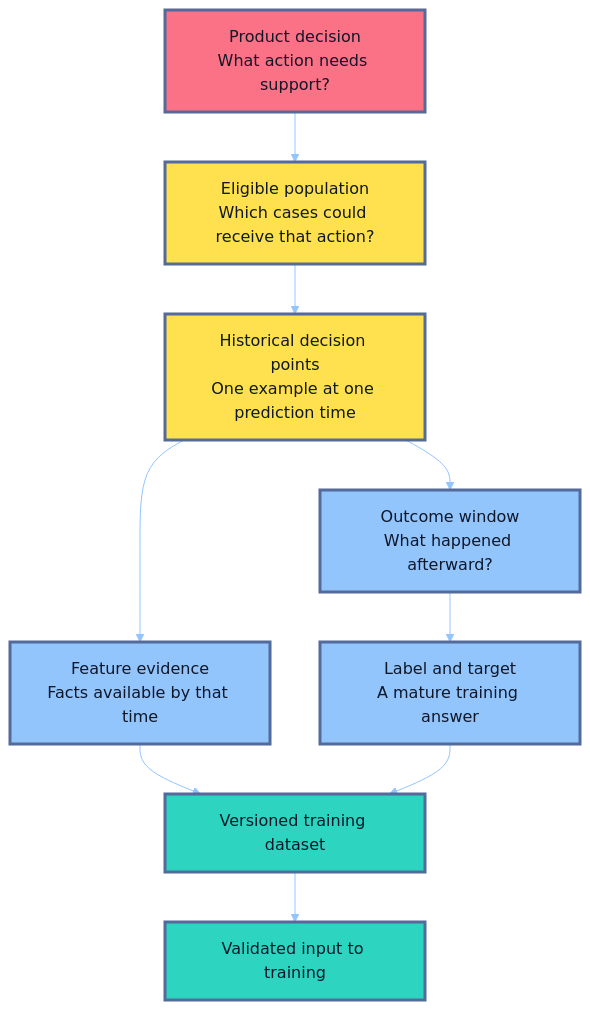
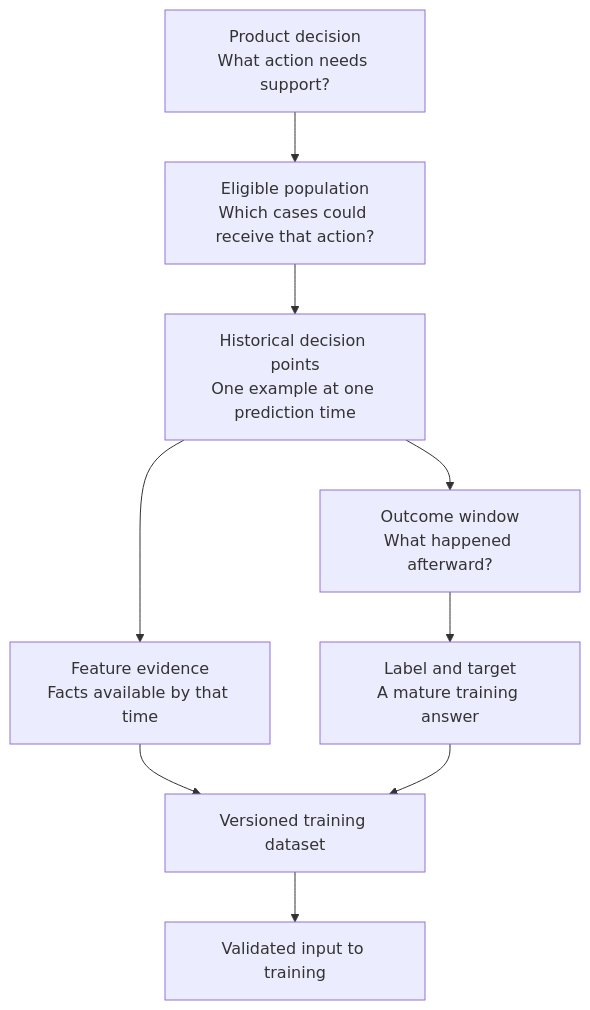
The first of 2 diagrams in roadmaps/mlops/modules/data-for-ml-systems/training-data-basics/01-training-data-labels-features-targets.md (senlinyy/dev-roadmaps), drawn with Mermaid before and after one commit. The commit also changed other lines of this file and 152 other files, not shown here.

Commit message:
feat: mlops and diagrams updated

````diff
--- a/roadmaps/mlops/modules/data-for-ml-systems/training-data-basics/01-training-data-labels-features-targets.md
+++ b/roadmaps/mlops/modules/data-for-ml-systems/training-data-basics/01-training-data-labels-features-targets.md
@@ -44,21 +44,17 @@
 ```mermaid
-%%{init: {"theme": "base", "themeVariables": {"background": "#111827", "primaryColor": "#2DD4BF", "primaryTextColor": "#0F172A", "primaryBorderColor": "#536A9A", "lineColor": "#93C5FD", "secondaryColor": "#FFE04F", "tertiaryColor": "#FB7185", "fontFamily": "Nunito, sans-serif"}}}%%
+
 flowchart TD
     A["Product decision<br/>What action needs support?"] --> B["Eligible population<br/>Which cases could receive that action?"]
     B --> C["Historical decision points<br/>One example at one prediction time"]
     C --> D["Feature evidence<br/>Facts available by that time"]
     C --> E["Outcome window<br/>What happened afterward?"]
     E --> F["Label and target<br/>A mature training answer"]
     D --> G["Versioned training dataset"]
     F --> G
     G --> H["Validated input to training"]
 
-    classDef question fill:#FB7185,stroke:#536A9A,stroke-width:3px,color:#111827
-    classDef define fill:#FFE04F,stroke:#536A9A,stroke-width:3px,color:#111827
-    classDef evidence fill:#93C5FD,stroke:#536A9A,stroke-width:3px,color:#0F172A
-    classDef result fill:#2DD4BF,stroke:#536A9A,stroke-width:3px,color:#0F172A
     class A question
     class B,C define
     class D,E,F evidence
     class G,H result
 ```
````
